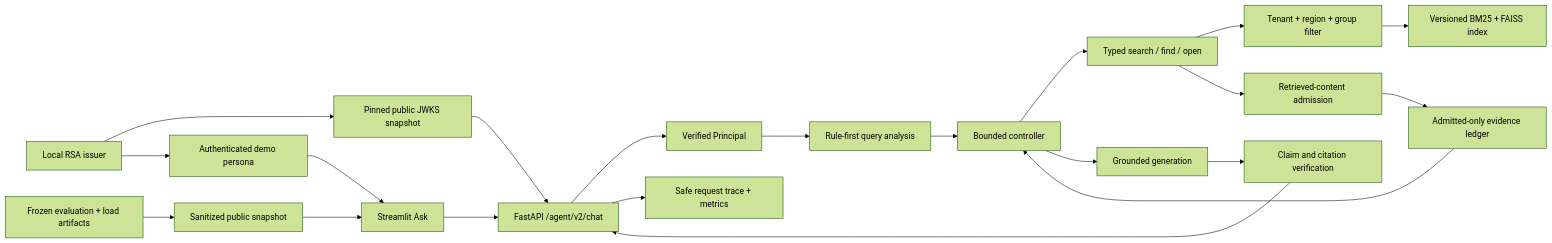
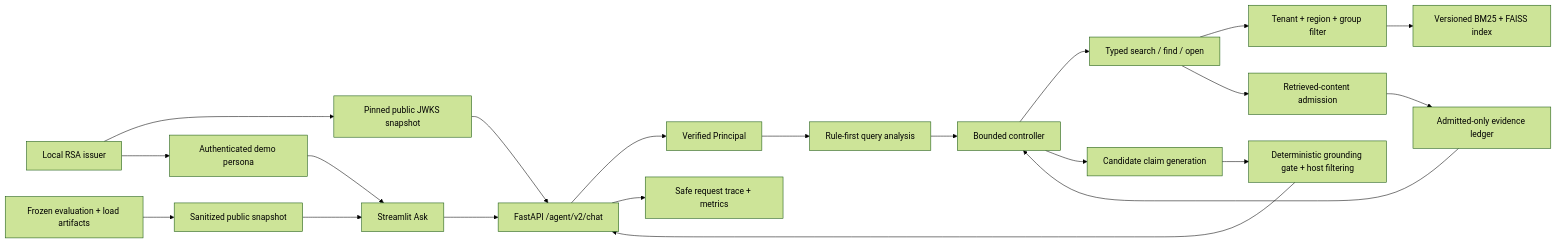
One commit to godofxuan/Attempt-of-enterprise-rag-copilot changed the diagram in README.md. Above: the diagram before and after it, drawn with Mermaid (forest theme). The commit also changed other lines of this file and 6 other files, not shown here.

````diff
--- a/README.md
+++ b/README.md
@@ -15,24 +15,24 @@
 ```mermaid
 flowchart LR
     U["Authenticated demo persona"] --> UI["Streamlit Ask"]
     IDP["Local RSA issuer"] --> JWKS["Pinned public JWKS snapshot"]
     IDP --> U
     UI --> API["FastAPI /agent/v2/chat"]
     JWKS --> API
     API --> P["Verified Principal"]
     P --> Q
     Q["Rule-first query analysis"]
     Q --> C["Bounded controller"]
     C --> T["Typed search / find / open"]
     T --> ACL["Tenant + region + group filter"]
     ACL --> IDX["Versioned BM25 + FAISS index"]
     T --> RCG["Retrieved-content admission"]
     RCG --> L["Admitted-only evidence ledger"]
     L --> C
-    C --> G["Grounded generation"]
-    G --> V["Claim and citation verification"]
+    C --> G["Candidate claim generation"]
+    G --> V["Deterministic grounding gate + host filtering"]
     V --> API
     API --> O["Safe request trace + metrics"]
     E["Frozen evaluation + load artifacts"] --> S["Sanitized public snapshot"]
     S --> UI
 ```
````
